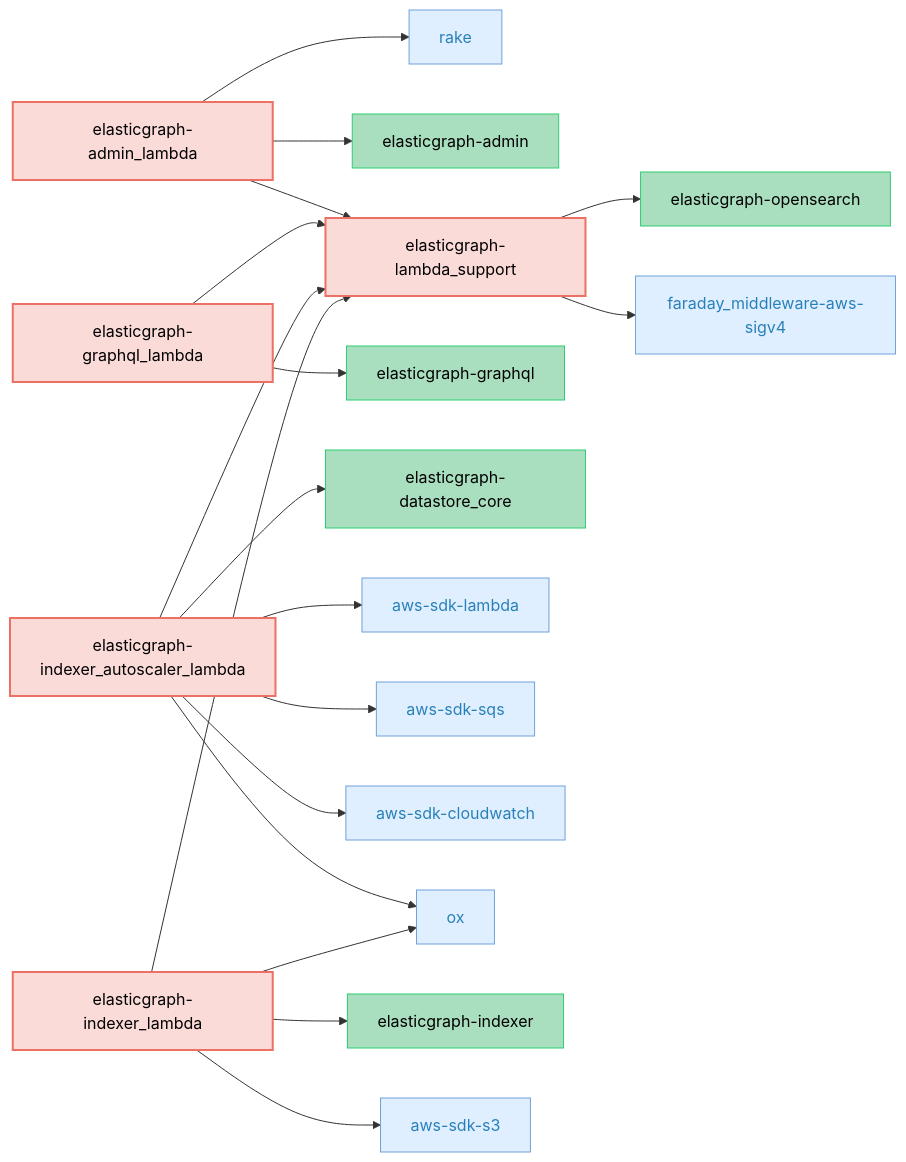
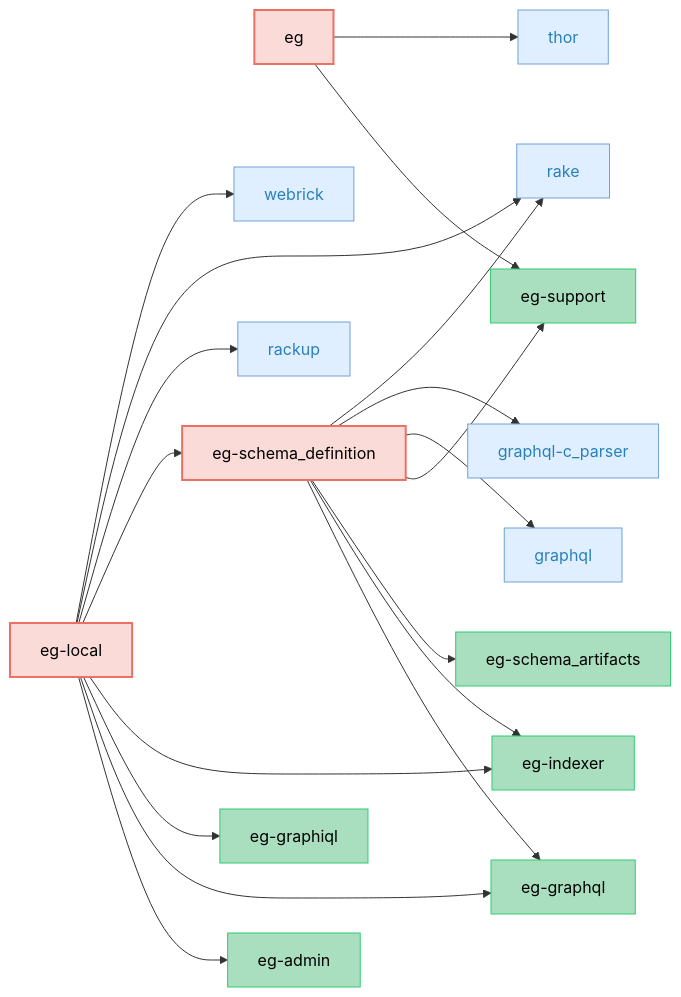
One commit to ciaran51/elasticgraph changed the second of 5 diagrams in CODEBASE_OVERVIEW.md. Above: the diagram before and after it, drawn with Mermaid. The commit also changed 3 other files, not shown here.

````diff
--- a/CODEBASE_OVERVIEW.md
+++ b/CODEBASE_OVERVIEW.md
@@ -91,64 +101,59 @@
 ```mermaid
 graph LR;
     classDef targetGemStyle fill:#FADBD8,stroke:#EC7063,color:#000,stroke-width:2px;
     classDef otherEgGemStyle fill:#A9DFBF,stroke:#2ECC71,color:#000;
     classDef externalGemCatStyle fill:#E0EFFF,stroke:#70A1D7,color:#2980B9;
-    elasticgraph-admin_lambda["elasticgraph-admin_lambda"];
+    elasticgraph["eg"];
+    elasticgraph-support["eg-support"];
+    thor["thor"];
+    elasticgraph-local["eg-local"];
+    elasticgraph-admin["eg-admin"];
+    elasticgraph-graphql["eg-graphql"];
+    elasticgraph-graphiql["eg-graphiql"];
+    elasticgraph-indexer["eg-indexer"];
+    elasticgraph-schema_definition["eg-schema_definition"];
+    rackup["rackup"];
     rake["rake"];
-    elasticgraph-admin["elasticgraph-admin"];
-    elasticgraph-lambda_support["elasticgraph-lambda_support"];
-    elasticgraph-graphql_lambda["elasticgraph-graphql_lambda"];
-    elasticgraph-graphql["elasticgraph-graphql"];
-    elasticgraph-indexer_autoscaler_lambda["elasticgraph-indexer_autoscaler_lambda"];
-    elasticgraph-datastore_core["elasticgraph-datastore_core"];
-    aws-sdk-lambda["aws-sdk-lambda"];
-    aws-sdk-sqs["aws-sdk-sqs"];
-    aws-sdk-cloudwatch["aws-sdk-cloudwatch"];
-    ox["ox"];
-    elasticgraph-indexer_lambda["elasticgraph-indexer_lambda"];
-    elasticgraph-indexer["elasticgraph-indexer"];
-    aws-sdk-s3["aws-sdk-s3"];
-    elasticgraph-opensearch["elasticgraph-opensearch"];
-    faraday_middleware-aws-sigv4["faraday_middleware-aws-sigv4"];
-    elasticgraph-admin_lambda --> rake;
-    elasticgraph-admin_lambda --> elasticgraph-admin;
-    elasticgraph-admin_lambda --> elasticgraph-lambda_support;
-    elasticgraph-graphql_lambda --> elasticgraph-graphql;
-    elasticgraph-graphql_lambda --> elasticgraph-lambda_support;
-    elasticgraph-indexer_autoscaler_lambda --> elasticgraph-datastore_core;
-    elasticgraph-indexer_autoscaler_lambda --> elasticgraph-lambda_support;
-    elasticgraph-indexer_autoscaler_lambda --> aws-sdk-lambda;
-    elasticgraph-indexer_autoscaler_lambda --> aws-sdk-sqs;
-    elasticgraph-indexer_autoscaler_lambda --> aws-sdk-cloudwatch;
-    elasticgraph-indexer_autoscaler_lambda --> ox;
-    elasticgraph-indexer_lambda --> elasticgraph-indexer;
-    elasticgraph-indexer_lambda --> elasticgraph-lambda_support;
-    elasticgraph-indexer_lambda --> aws-sdk-s3;
-    elasticgraph-indexer_lambda --> ox;
-    elasticgraph-lambda_support --> elasticgraph-opensearch;
-    elasticgraph-lambda_support --> faraday_middleware-aws-sigv4;
-    class elasticgraph-admin_lambda targetGemStyle;
+    webrick["webrick"];
+    elasticgraph-schema_artifacts["eg-schema_artifacts"];
+    graphql["graphql"];
+    graphql-c_parser["graphql-c_parser"];
+    elasticgraph --> elasticgraph-support;
+    elasticgraph --> thor;
+    elasticgraph-local --> elasticgraph-admin;
+    elasticgraph-local --> elasticgraph-graphql;
+    elasticgraph-local --> elasticgraph-graphiql;
+    elasticgraph-local --> elasticgraph-indexer;
+    elasticgraph-local --> elasticgraph-schema_definition;
+    elasticgraph-local --> rackup;
+    elasticgraph-local --> rake;
+    elasticgraph-local --> webrick;
+    elasticgraph-schema_definition --> elasticgraph-graphql;
+    elasticgraph-schema_definition --> elasticgraph-indexer;
+    elasticgraph-schema_definition --> elasticgraph-schema_artifacts;
+    elasticgraph-schema_definition --> elasticgraph-support;
+    elasticgraph-schema_definition --> graphql;
+    elasticgraph-schema_definition --> graphql-c_parser;
+    elasticgraph-schema_definition --> rake;
+    class elasticgraph targetGemStyle;
+    class elasticgraph-support otherEgGemStyle;
+    class thor externalGemCatStyle;
+    class elasticgraph-local targetGemStyle;
+    class elasticgraph-admin otherEgGemStyle;
+    class elasticgraph-graphql otherEgGemStyle;
+    class elasticgraph-graphiql otherEgGemStyle;
+    class elasticgraph-indexer otherEgGemStyle;
+    class elasticgraph-schema_definition targetGemStyle;
+    class rackup externalGemCatStyle;
     class rake externalGemCatStyle;
-    class elasticgraph-admin otherEgGemStyle;
-    class elasticgraph-lambda_support targetGemStyle;
-    class elasticgraph-graphql_lambda targetGemStyle;
-    class elasticgraph-graphql otherEgGemStyle;
-    class elasticgraph-indexer_autoscaler_lambda targetGemStyle;
-    class elasticgraph-datastore_core otherEgGemStyle;
-    class aws-sdk-lambda externalGemCatStyle;
-    class aws-sdk-sqs externalGemCatStyle;
-    class aws-sdk-cloudwatch externalGemCatStyle;
-    class ox externalGemCatStyle;
-    class elasticgraph-indexer_lambda targetGemStyle;
-    class elasticgraph-indexer otherEgGemStyle;
-    class aws-sdk-s3 externalGemCatStyle;
-    class elasticgraph-opensearch otherEgGemStyle;
-    class faraday_middleware-aws-sigv4 externalGemCatStyle;
+    class webrick externalGemCatStyle;
+    class elasticgraph-schema_artifacts otherEgGemStyle;
+    class graphql externalGemCatStyle;
+    class graphql-c_parser externalGemCatStyle;
+    click thor href "https://rubygems.org/gems/thor" "Open on RubyGems.org" _blank;
+    click rackup href "https://rubygems.org/gems/rackup" "Open on RubyGems.org" _blank;
     click rake href "https://rubygems.org/gems/rake" "Open on RubyGems.org" _blank;
-    click aws-sdk-lambda href "https://rubygems.org/gems/aws-sdk-lambda" "Open on RubyGems.org" _blank;
-    click aws-sdk-sqs href "https://rubygems.org/gems/aws-sdk-sqs" "Open on RubyGems.org" _blank;
-    click aws-sdk-cloudwatch href "https://rubygems.org/gems/aws-sdk-cloudwatch" "Open on RubyGems.org" _blank;
-    click ox href "https://rubygems.org/gems/ox" "Open on RubyGems.org" _blank;
-    click aws-sdk-s3 href "https://rubygems.org/gems/aws-sdk-s3" "Open on RubyGems.org" _blank;
-    click faraday_middleware-aws-sigv4 href "https://rubygems.org/gems/faraday_middleware-aws-sigv4" "Open on RubyGems.org" _blank;
+    click webrick href "https://rubygems.org/gems/webrick" "Open on RubyGems.org" _blank;
+    click graphql href "https://rubygems.org/gems/graphql" "Open on RubyGems.org" _blank;
+    click graphql-c_parser href "https://rubygems.org/gems/graphql-c_parser" "Open on RubyGems.org" _blank;
 ```
````
